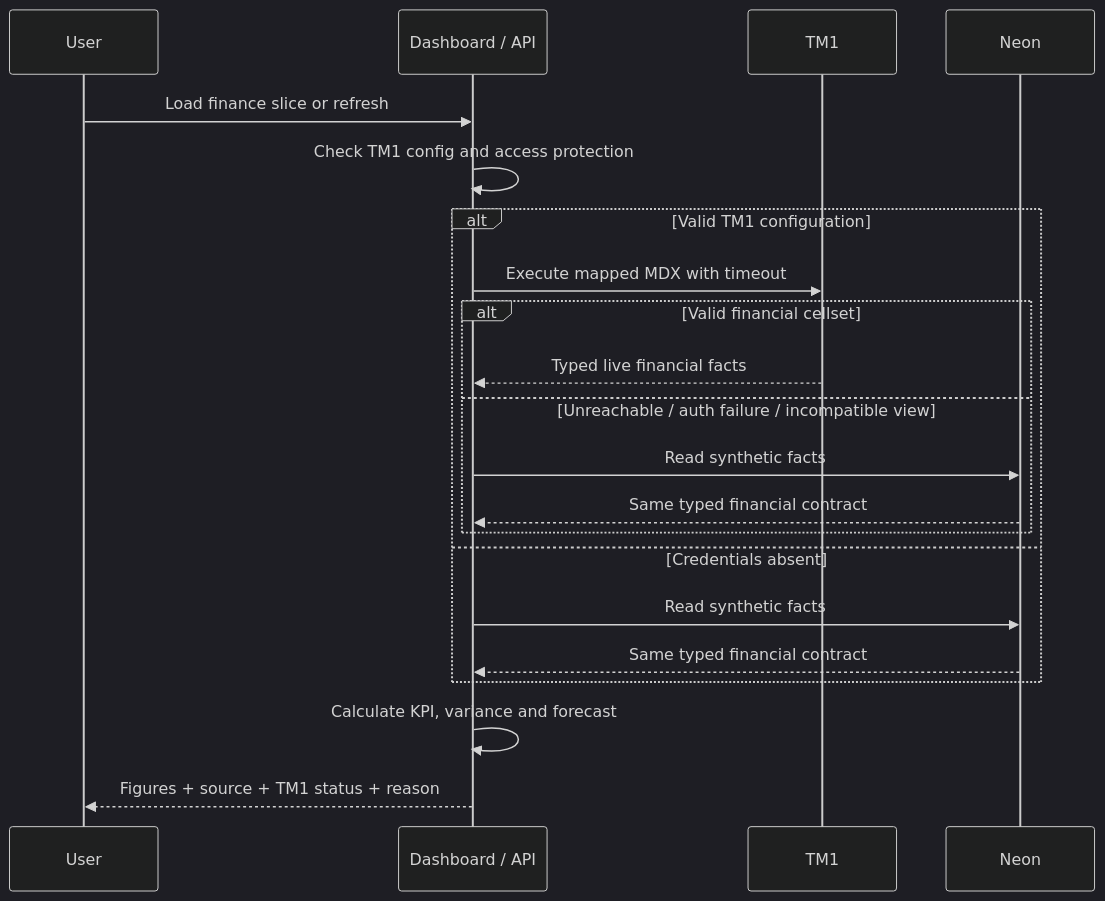
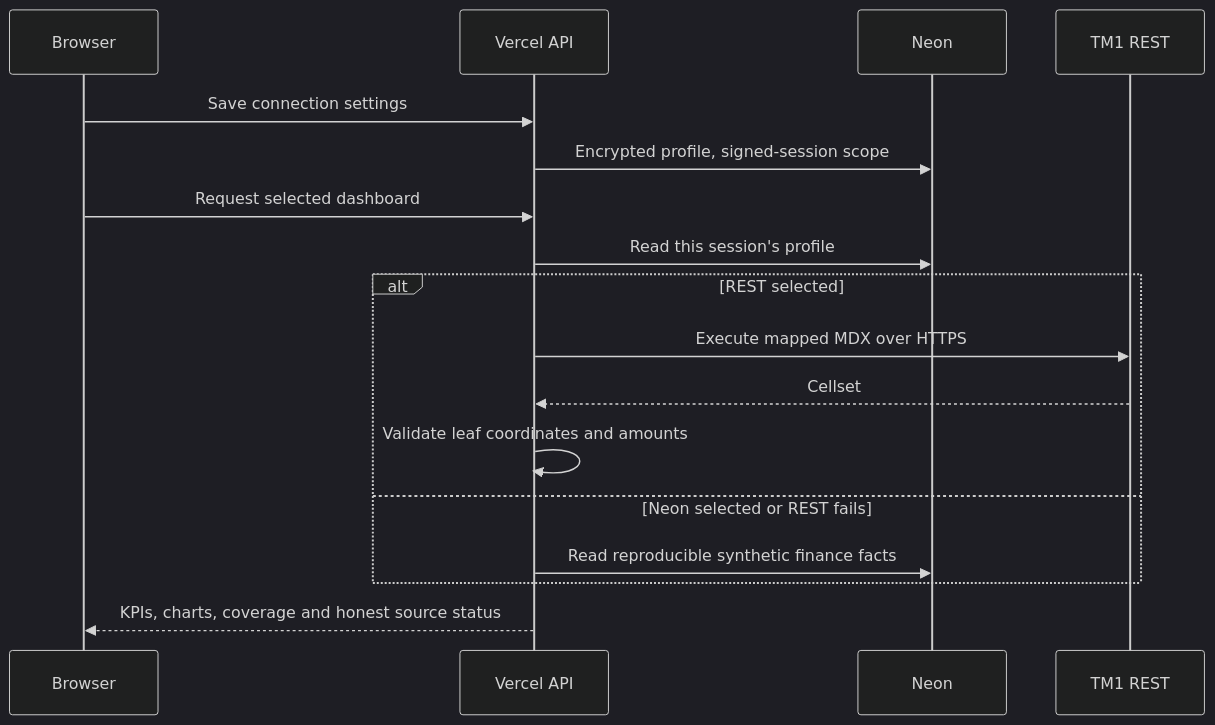
One commit to sohampatra3/talentplan-tm1 changed the second of 2 diagrams in README.md. Above: the diagram before and after it, drawn with Mermaid (dark theme). The commit also changed other lines of this file and 35 other files, not shown here.

````diff
--- a/README.md
+++ b/README.md
@@ -53,23 +50,19 @@
 ```mermaid
 sequenceDiagram
-    participant User
-    participant App as Dashboard / API
-    participant TM1
-    participant Neon
-    User->>App: Load finance slice or refresh
-    App->>App: Check TM1 config and access protection
-    alt Valid TM1 configuration
-        App->>TM1: Execute mapped MDX with timeout
-        alt Valid financial cellset
-            TM1-->>App: Typed live financial facts
-        else Unreachable / auth failure / incompatible view
-            App->>Neon: Read synthetic facts
-            Neon-->>App: Same typed financial contract
-        end
-    else Credentials absent
-        App->>Neon: Read synthetic facts
-        Neon-->>App: Same typed financial contract
+    participant User as Browser
+    participant API as Vercel API
+    participant DB as Neon
+    participant IBM as TM1 REST
+    User->>API: Save connection settings
+    API->>DB: Encrypted profile, signed-session scope
+    User->>API: Request selected dashboard
+    API->>DB: Read this session's profile
+    alt REST selected
+        API->>IBM: Execute mapped MDX over HTTPS
+        IBM-->>API: Cellset
+        API->>API: Validate leaf coordinates and amounts
+    else Neon selected or REST fails
+        API->>DB: Read reproducible synthetic finance facts
     end
-    App->>App: Calculate KPI, variance and forecast
-    App-->>User: Figures + source + TM1 status + reason
+    API-->>User: KPIs, charts, coverage and honest source status
 ```
````
